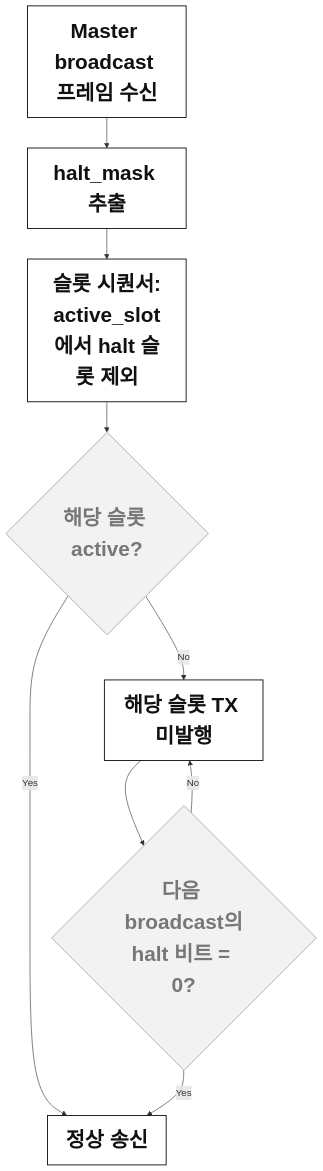
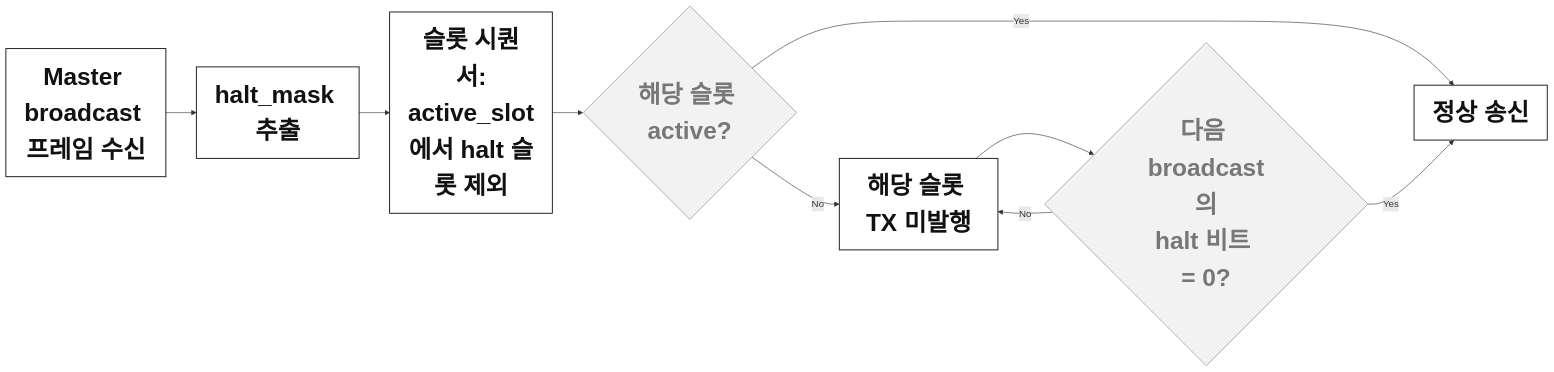
The diagram in diagrams/section3/zoom/slave_halt_flow.mmd (Woodong02/SoC_Design_and_Programming), drawn with Mermaid before and after one commit. The commit also changed 5 other files, not shown here.

First line of the commit message:
Widen Master/Slave fault-flow diagrams for legibility

```diff
--- a/diagrams/section3/zoom/slave_halt_flow.mmd
+++ b/diagrams/section3/zoom/slave_halt_flow.mmd
@@ -1,13 +1,13 @@
-%%{init: {'themeVariables': {'fontSize': '34px'}}, 'flowchart': {'nodeSpacing': 35, 'rankSpacing': 45}}%%
-flowchart TD
+%%{init: {'themeVariables': {'fontSize': '40px'}}, 'flowchart': {'nodeSpacing': 45, 'rankSpacing': 70}}%%
+flowchart LR
     A["Master broadcast 프레임 수신"]:::node --> B["halt_mask 추출"]:::node
     B --> C["슬롯 시퀀서:\nactive_slot에서 halt 슬롯 제외"]:::node
     C --> D{"해당 슬롯 active?"}:::dim
     D -- No --> E["해당 슬롯 TX 미발행"]:::node
     D -- Yes --> F["정상 송신"]:::node
     E --> G{"다음 broadcast의\nhalt 비트 = 0?"}:::dim
     G -- Yes --> F
     G -- No --> E
 
-classDef node fill:#FFFFFF,stroke:#111111,stroke-width:1.5px,color:#111111,font-weight:bold,font-size:34px
-classDef dim fill:#F2F2F2,stroke:#AAAAAA,color:#777777,font-weight:bold,font-size:34px
+classDef node fill:#FFFFFF,stroke:#111111,stroke-width:1.5px,color:#111111,font-weight:bold,font-size:40px
+classDef dim fill:#F2F2F2,stroke:#AAAAAA,color:#777777,font-weight:bold,font-size:40px
```
